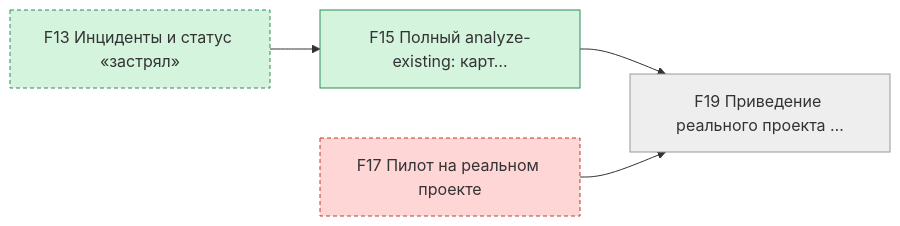
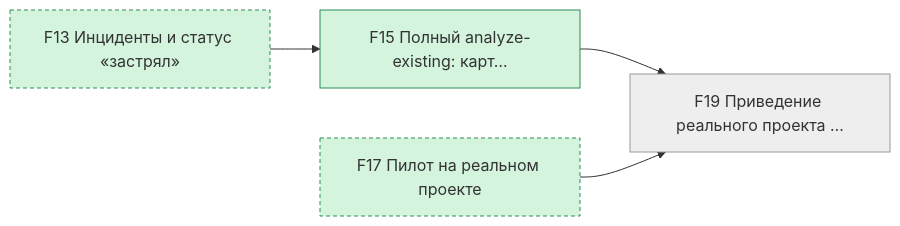
One commit to pete-doc/project-architect changed the fourth of 6 diagrams in state/STATUS.md. Above: the diagram before and after it, drawn with Mermaid. The commit also changed other lines of this file and 2 other files, not shown here.

````diff
--- a/state/STATUS.md
+++ b/state/STATUS.md
@@ -115,19 +114,18 @@
 ```mermaid
 graph LR
   F15["F15 Полный analyze-existing: карт…"]
   F19["F19 Приведение реального проекта …"]
   F13["F13 Инциденты и статус «застрял»"]
   F17["F17 Пилот на реальном проекте"]
   F13 --> F15
   F15 --> F19
   F17 --> F19
   classDef done fill:#d4f4dd,stroke:#2e8b57
   classDef work fill:#fff3c4,stroke:#c79100
   classDef blocked fill:#ffd6d6,stroke:#c0392b
   classDef later fill:#eeeeee,stroke:#999999
   classDef outside stroke-dasharray: 4 3
-  class F15,F13 done
-  class F17 blocked
+  class F15,F13,F17 done
   class F19 later
   class F13,F17 outside
 ```
````
